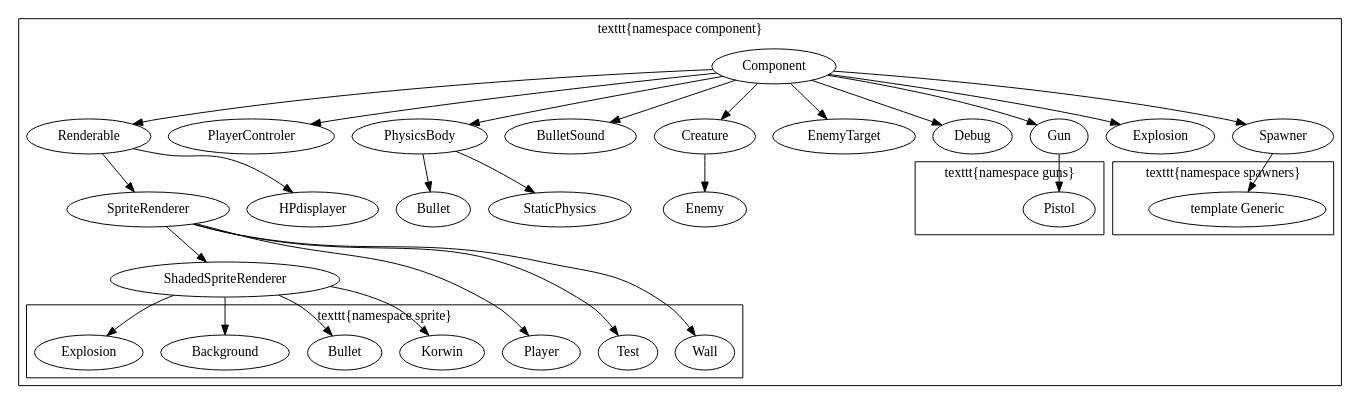
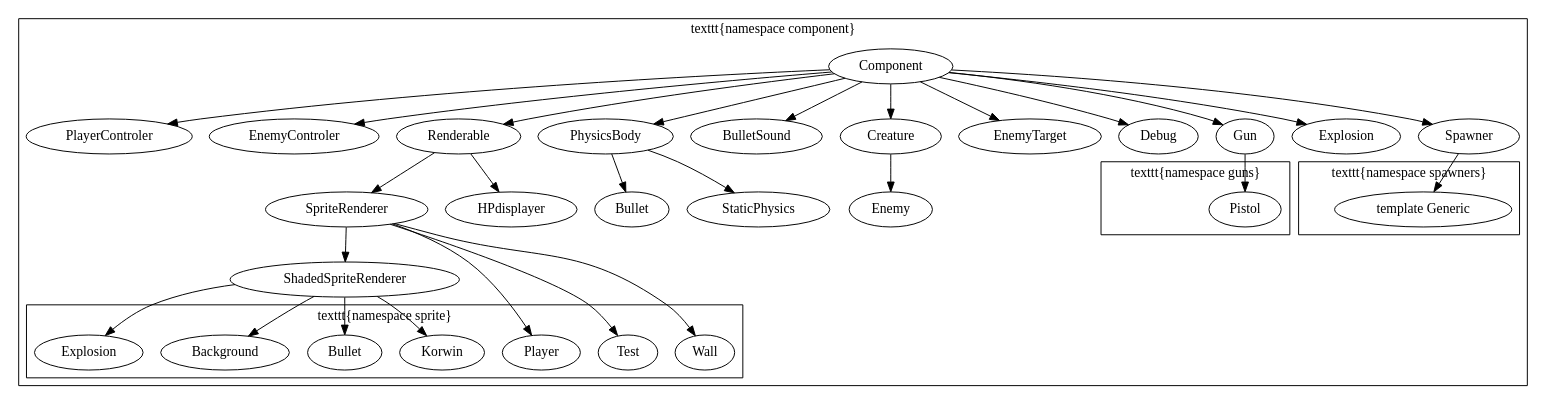
The diagram in docs/renderable.dot (HakierGrzonzo/GrzesSFMLlib), drawn with Graphviz before and after one commit.

Commit message:
update graph

```diff
--- a/docs/renderable.dot
+++ b/docs/renderable.dot
@@ -1,71 +1,73 @@
 digraph G {
 	subgraph cluster_Component {
 		Component;
+		PlayerControler;
+			Component -> PlayerControler;
+		EnemyControler;
+			Component -> EnemyControler;
 		Renderable;
 			Component -> Renderable;
-		PlayerControler;
-			Component -> PlayerControler;
 		SpriteRenderer;
 			Renderable -> SpriteRenderer;
 		ShadedSpriteRenderer;
 			SpriteRenderer -> ShadedSpriteRenderer;
 		HPdisplayer;
 			Renderable -> HPdisplayer;
 		PhysicsBody;
 			Component -> PhysicsBody;
 		Bullet;
 			PhysicsBody -> Bullet;
 		BulletSound;
 			Component -> BulletSound;
 		Creature;
 			Component -> Creature;
 		Enemy;
 			Creature -> Enemy;
 		EnemyTarget;
 			Component -> EnemyTarget;
 		Debug;
 			Component -> Debug;
 		Gun;
 			Component -> Gun;
 		Explosion;
 			Component -> Explosion;
 		Spawner;
 			Component -> Spawner;
 		StaticPhysics;
 			PhysicsBody -> StaticPhysics;
 		label="\texttt{namespace component}";
 
 		subgraph cluster_Sprites {
 			Player;
 			BulletSprite [label=Bullet];
 			Background;
 			ExplosionSprite [label=Explosion];
 			Test;
 			Wall;
 			Korwin;
 			label="\texttt{namespace sprite}";
 		}
 		SpriteRenderer -> Wall;
 		SpriteRenderer -> Player;
 		SpriteRenderer -> Test;
 
 		ShadedSpriteRenderer -> BulletSprite;
 		ShadedSpriteRenderer -> Background;
 		ShadedSpriteRenderer -> ExplosionSprite;
 		ShadedSpriteRenderer -> Korwin;
 
 		subgraph cluster_Guns {
 			Pistol;
 			label="\texttt{namespace guns}"
 		}
 		Gun -> Pistol;
 
 		subgraph cluster_Spawners {
 			Generic [label="template Generic"];
 			label="\texttt{namespace spawners}"
 		}
 		Spawner -> Generic;
 
 	}
 
 }
```
